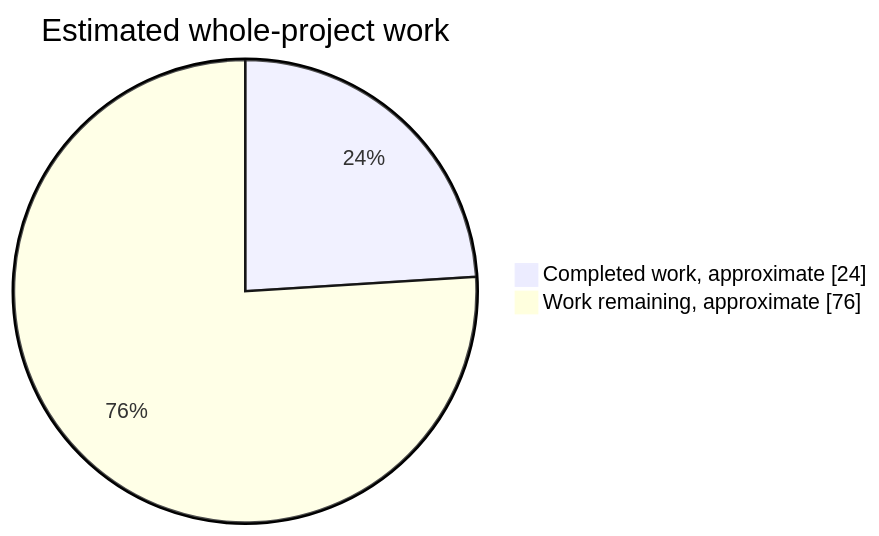
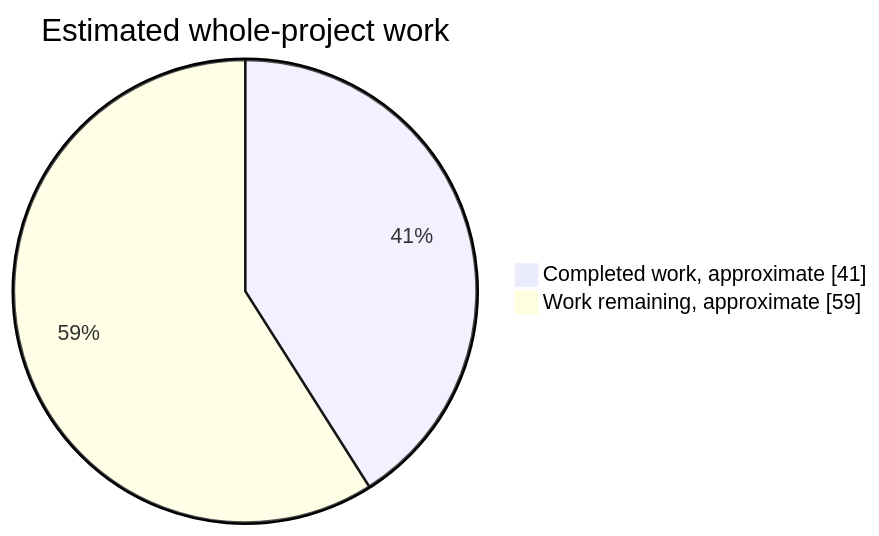
The first of 2 diagrams in readme.md (NachtRaveVL/stuntracefx), drawn with Mermaid before and after one commit. The commit also changed other lines of this file and 119 other files, not shown here.

````diff
--- a/readme.md
+++ b/readme.md
@@ -56,6 +56,6 @@
 ```mermaid
 pie showData
     title Estimated whole-project work
-    "Completed work, approximate" : 24
-    "Work remaining, approximate" : 76
+    "Completed work, approximate" : 41
+    "Work remaining, approximate" : 59
 ```
````
